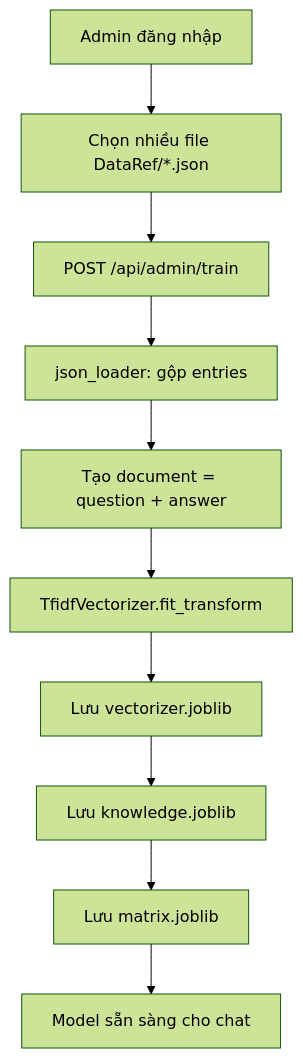
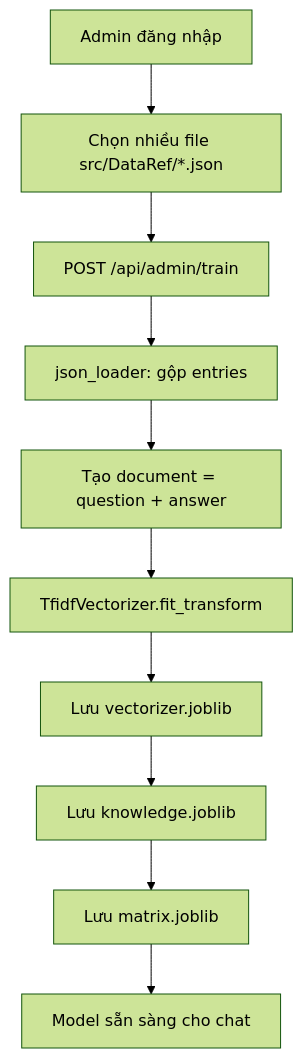
The sixth of 12 diagrams in Report/NHOM12_PHATTRIENHETHONGTHONGMINH.md (huyht080288/MotorcycleAdvisorChatbot), drawn with Mermaid (forest theme) before and after one commit. The commit also changed other lines of this file and 37 other files, not shown here.

````diff
--- a/Report/NHOM12_PHATTRIENHETHONGTHONGMINH.md
+++ b/Report/NHOM12_PHATTRIENHETHONGTHONGMINH.md
@@ -322,12 +367,12 @@
 ```mermaid
 flowchart TD
-    A[Admin đăng nhập] --> B[Chọn nhiều file DataRef/*.json]
+    A[Admin đăng nhập] --> B[Chọn nhiều file src/DataRef/*.json]
     B --> C[POST /api/admin/train]
     C --> D[json_loader: gộp entries]
     D --> E[Tạo document = question + answer]
     E --> F[TfidfVectorizer.fit_transform]
     F --> G[Lưu vectorizer.joblib]
     G --> H[Lưu knowledge.joblib]
     H --> I[Lưu matrix.joblib]
     I --> J[Model sẵn sàng cho chat]
 ```
````
